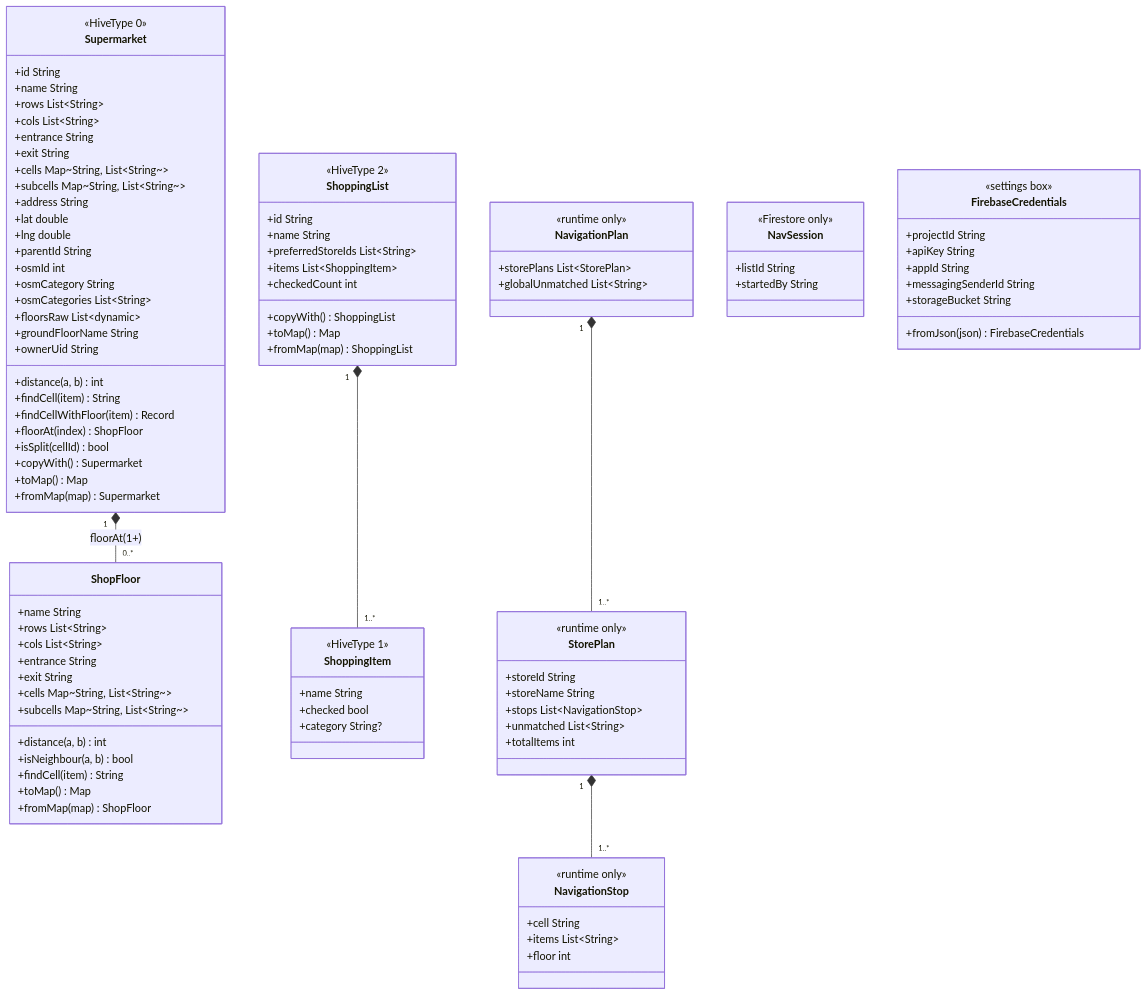
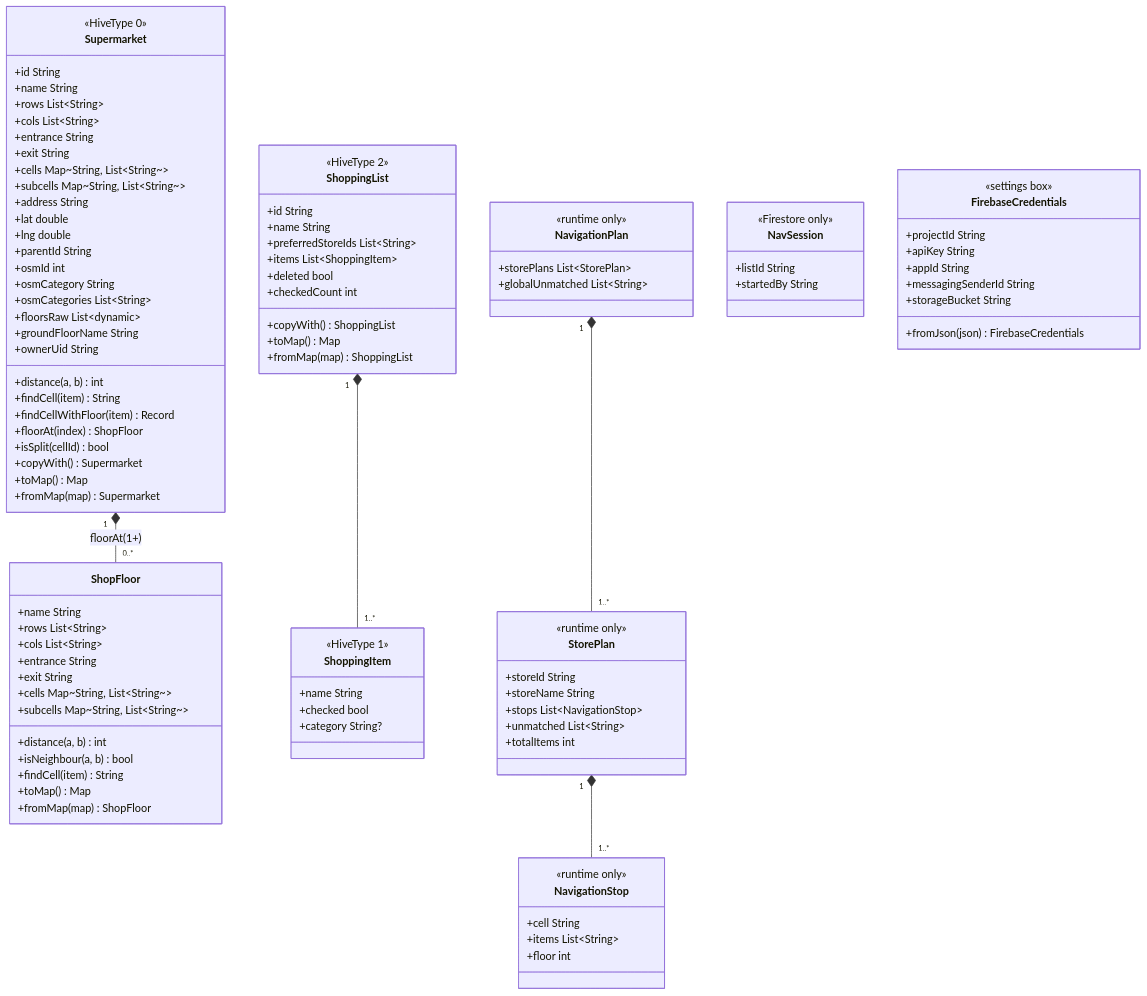
One commit to danile42/fairelescourses changed the diagram in docs/architecture/data-models.md. Above: the diagram before and after it, drawn with Mermaid. The commit also changed other lines of this file and 7 other files, not shown here.

Commit message:
docs: update user and architecture documentation

```diff
--- a/docs/architecture/data-models.md
+++ b/docs/architecture/data-models.md
@@ -57,6 +57,7 @@
         +name String
         +preferredStoreIds List~String~
         +items List~ShoppingItem~
+        +deleted bool
         +checkedCount int
         +copyWith() ShoppingList
         +toMap() Map
```
